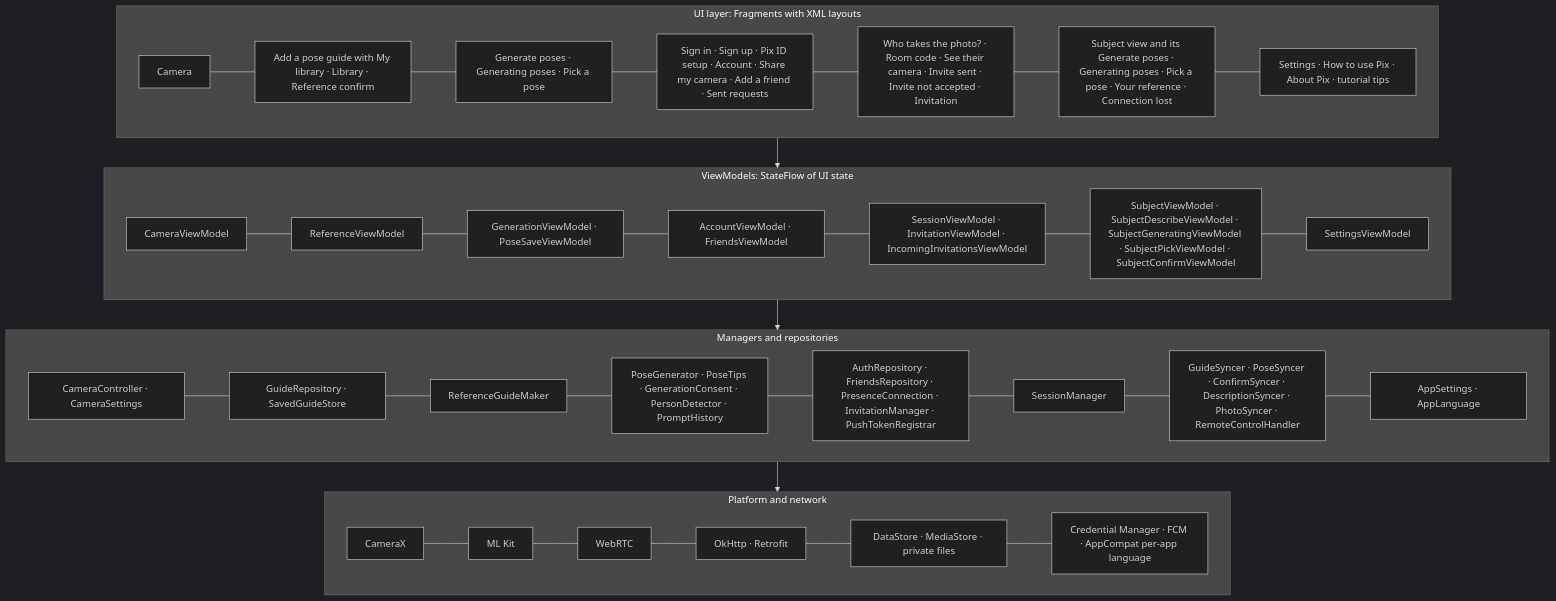
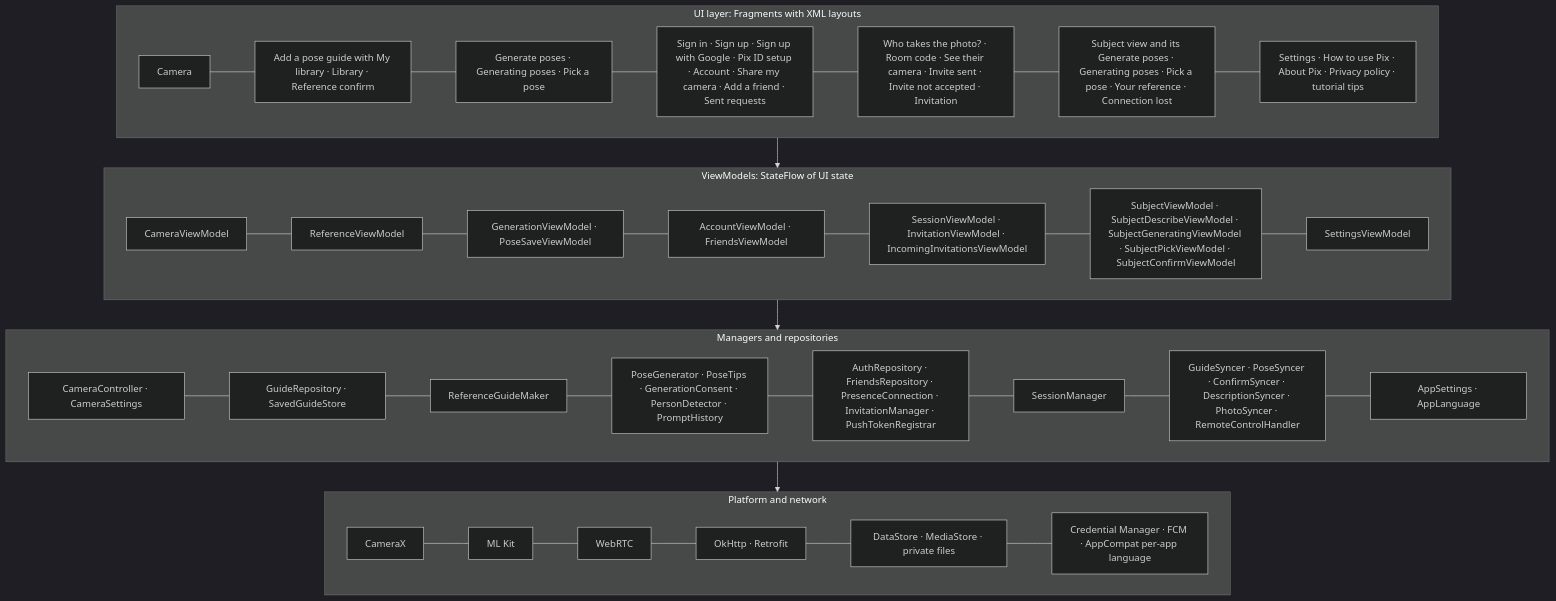
One commit to snuhcs-course/swpp-2026-project-team-10 changed the fifth of 14 diagrams in wiki/Design-Documentation.md. Above: the diagram before and after it, drawn with Mermaid (dark theme). The commit also changed other lines of this file and 71 other files, not shown here.

Commit message:
feat: say what Sign up collects and delete an account (#287)

````diff
--- a/wiki/Design-Documentation.md
+++ b/wiki/Design-Documentation.md
@@ -369,16 +369,16 @@
 ```mermaid
 flowchart TB
   subgraph UI["UI layer: Fragments with XML layouts"]
-    C1["Camera"] --- C2["Add a pose guide with My library · Library · Reference confirm"] --- C3["Generate poses · Generating poses · Pick a pose"] --- C4["Sign in · Sign up · Pix ID setup · Account · Share my camera · Add a friend · Sent requests"] --- C5["Who takes the photo? · Room code · See their camera · Invite sent · Invite not accepted · Invitation"] --- C6["Subject view and its Generate poses · Generating poses · Pick a pose · Your reference · Connection lost"] --- C7["Settings · How to use Pix · About Pix · tutorial tips"]
+    C1["Camera"] --- C2["Add a pose guide with My library · Library · Reference confirm"] --- C3["Generate poses · Generating poses · Pick a pose"] --- C4["Sign in · Sign up · Sign up with Google · Pix ID setup · Account · Share my camera · Add a friend · Sent requests"] --- C5["Who takes the photo? · Room code · See their camera · Invite sent · Invite not accepted · Invitation"] --- C6["Subject view and its Generate poses · Generating poses · Pick a pose · Your reference · Connection lost"] --- C7["Settings · How to use Pix · About Pix · Privacy policy · tutorial tips"]
   end
   subgraph VM["ViewModels: StateFlow of UI state"]
     V1["CameraViewModel"] --- V2["ReferenceViewModel"] --- V3["GenerationViewModel · PoseSaveViewModel"] --- V4["AccountViewModel · FriendsViewModel"] --- V5["SessionViewModel · InvitationViewModel · IncomingInvitationsViewModel"] --- V6["SubjectViewModel · SubjectDescribeViewModel · SubjectGeneratingViewModel · SubjectPickViewModel · SubjectConfirmViewModel"] --- V7["SettingsViewModel"]
   end
   subgraph DOM["Managers and repositories"]
     D1["CameraController · CameraSettings"] --- D2["GuideRepository · SavedGuideStore"] --- D3["ReferenceGuideMaker"] --- D4["PoseGenerator · PoseTips · GenerationConsent · PersonDetector · PromptHistory"] --- D5["AuthRepository · FriendsRepository · PresenceConnection · InvitationManager · PushTokenRegistrar"] --- D6["SessionManager"] --- D7["GuideSyncer · PoseSyncer · ConfirmSyncer · DescriptionSyncer · PhotoSyncer · RemoteControlHandler"] --- D8["AppSettings · AppLanguage"]
   end
   subgraph SRC["Platform and network"]
     S1["CameraX"] --- S2["ML Kit"] --- S3["WebRTC"] --- S4["OkHttp · Retrofit"] --- S5["DataStore · MediaStore · private files"] --- S6["Credential Manager · FCM · AppCompat per-app language"]
   end
   UI --> VM --> DOM --> SRC
 ```
````
